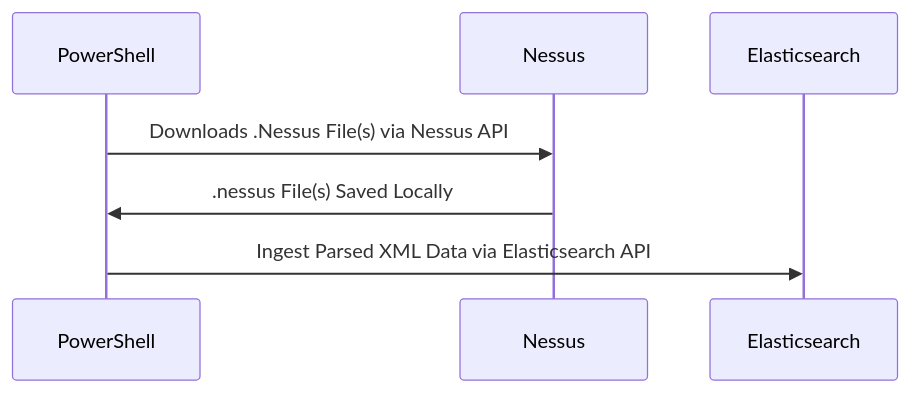
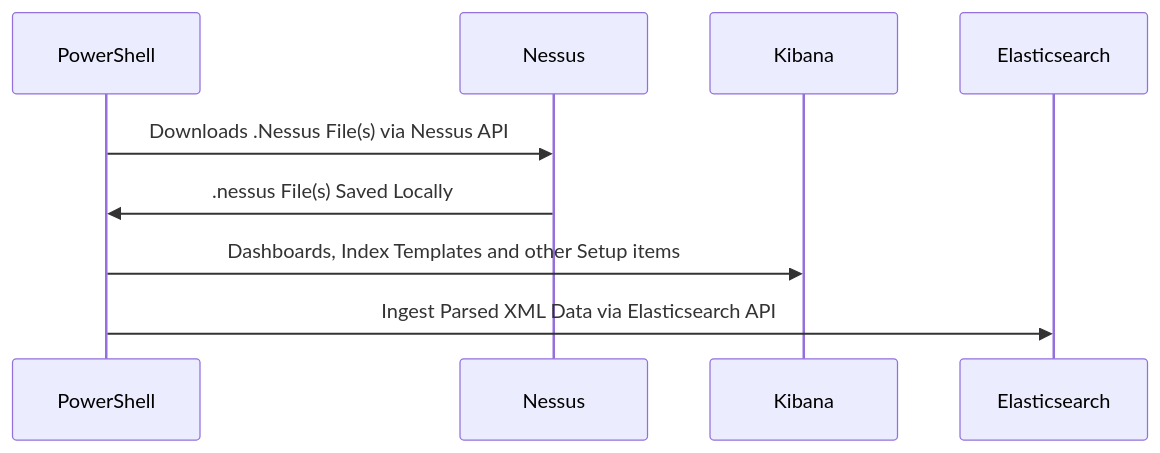
The diagram in README.md (nicpenning/Nessus-ES), drawn with Mermaid before and after one commit.

Commit message:
Add Kibana setup items - Update README.md

````diff
--- a/README.md
+++ b/README.md
@@ -5,6 +5,7 @@
 ```mermaid
   sequenceDiagram
     PowerShell->>Nessus: Downloads .Nessus File(s) via Nessus API
     Nessus->>PowerShell: .nessus File(s) Saved Locally
+    PowerShell->>Kibana: Dashboards, Index Templates and other Setup items
     PowerShell->>Elasticsearch: Ingest Parsed XML Data via Elasticsearch API
 ```
````
